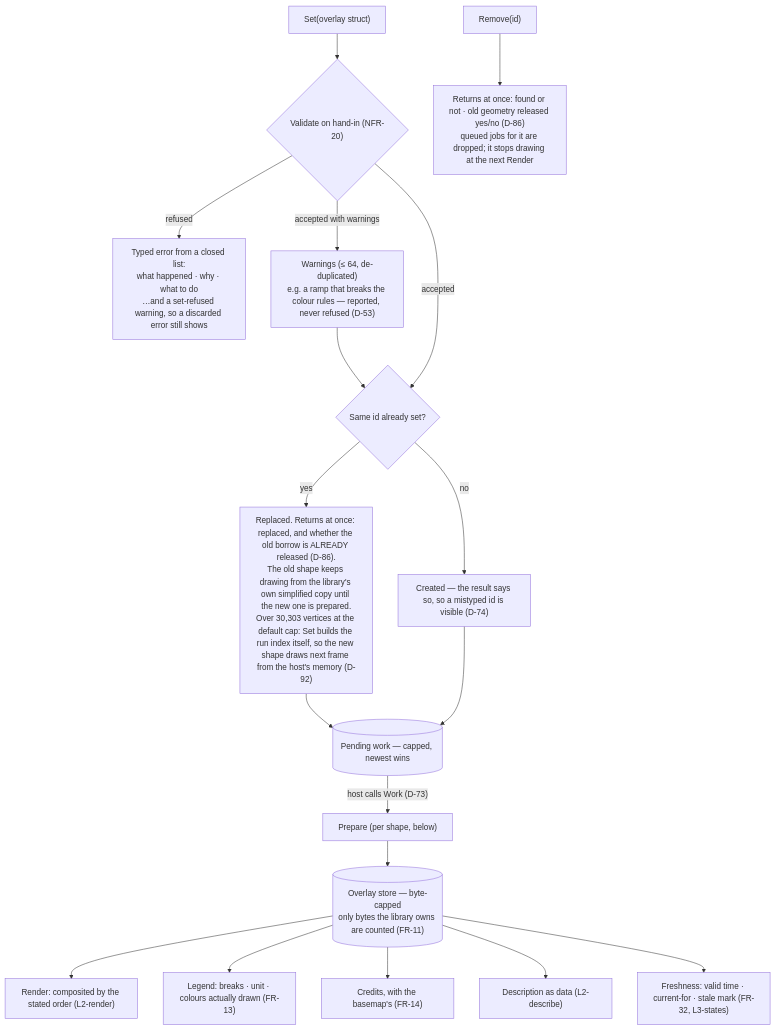
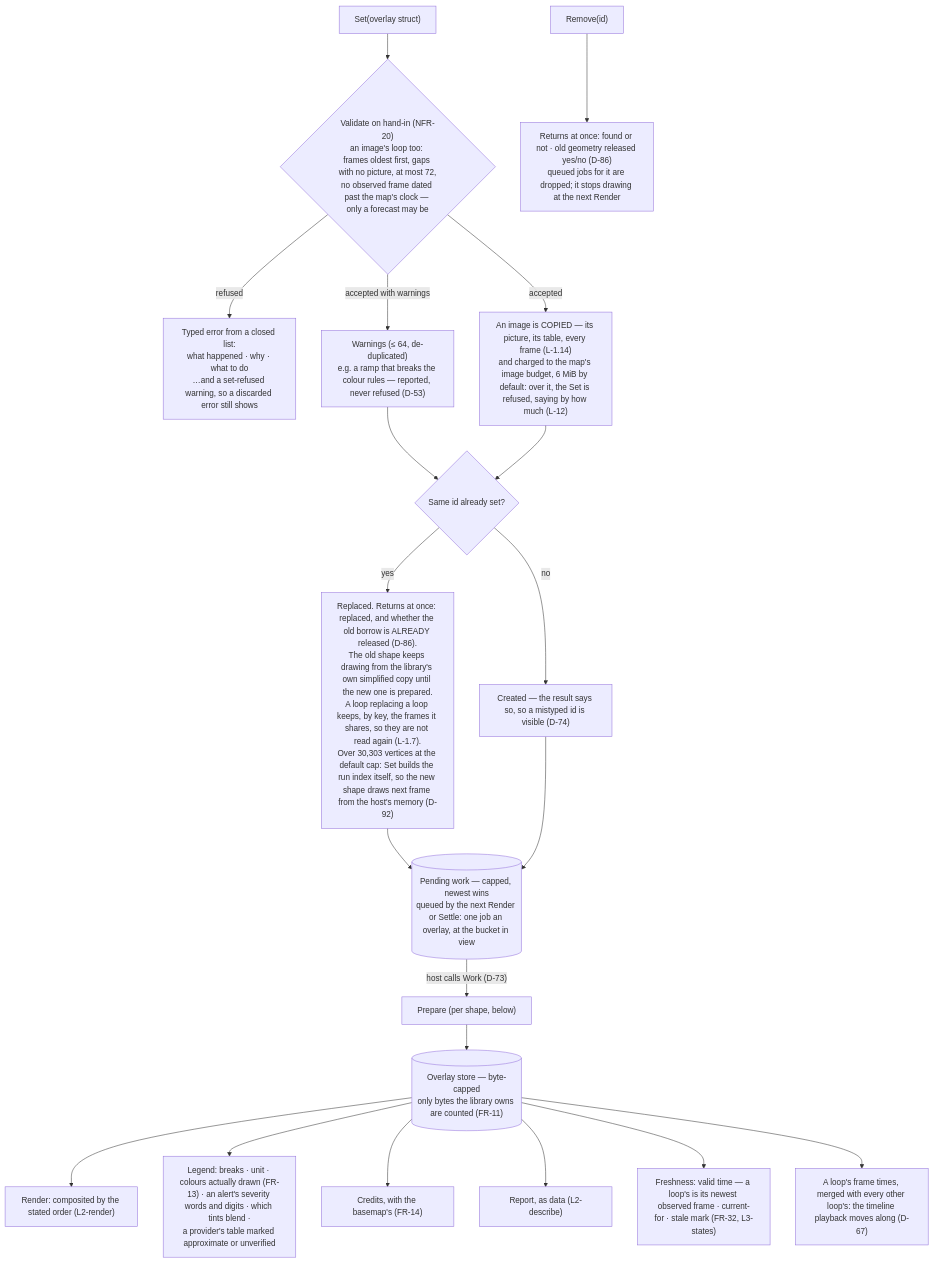
One commit to branden-thompson/go-tuimaps changed the first of 3 diagrams in 06_docs/02_features/go-tuimaps/03-architecture-design/L2-overlays.md. Above: the diagram before and after it, drawn with Mermaid. The commit also changed other lines of this file and 544 other files, not shown here.

First line of the commit message:
go-tuiMaps v0.2.0: radar loops, and the library's first reviewed release (#3)

````diff
--- a/06_docs/02_features/go-tuimaps/03-architecture-design/L2-overlays.md
+++ b/06_docs/02_features/go-tuimaps/03-architecture-design/L2-overlays.md
@@ -9,20 +11,22 @@
 ```mermaid
 flowchart TB
-    SET["Set(overlay struct)"] --> VAL{"Validate on hand-in (NFR-20)"}
+    SET["Set(overlay struct)"] --> VAL{"Validate on hand-in (NFR-20)<br/>an image's loop too: frames oldest first, gaps with no picture, at most 72,<br/>no observed frame dated past the map's clock — only a forecast may be"}
     VAL -- "refused" --> ERR["Typed error from a closed list:<br/>what happened · why · what to do<br/>…and a set-refused warning, so a discarded error still shows"]
     VAL -- "accepted with warnings" --> WARN["Warnings (≤ 64, de-duplicated)<br/>e.g. a ramp that breaks the colour rules — reported, never refused (D-53)"]
     WARN --> REPL
     RM["Remove(id)"] --> RMR["Returns at once: found or not · old geometry released yes/no (D-86)<br/>queued jobs for it are dropped; it stops drawing at the next Render"]
-    VAL -- "accepted" --> REPL{"Same id already set?"}
-    REPL -- yes --> OLD["Replaced. Returns at once: replaced, and whether the old borrow is ALREADY released (D-86).<br/>The old shape keeps drawing from the library's own simplified copy until the new one is prepared.<br/>Over 30,303 vertices at the default cap: Set builds the run index itself, so the new shape draws next frame from the host's memory (D-92)"]
+    VAL -- "accepted" --> COPY["An image is COPIED — its picture, its table, every frame (L-1.14)<br/>and charged to the map's image budget, 6 MiB by default: over it, the Set is refused, saying by how much (L-12)"]
+    COPY --> REPL{"Same id already set?"}
+    REPL -- yes --> OLD["Replaced. Returns at once: replaced, and whether the old borrow is ALREADY released (D-86).<br/>The old shape keeps drawing from the library's own simplified copy until the new one is prepared.<br/>A loop replacing a loop keeps, by key, the frames it shares, so they are not read again (L-1.7).<br/>Over 30,303 vertices at the default cap: Set builds the run index itself, so the new shape draws next frame from the host's memory (D-92)"]
     REPL -- no --> NEW["Created — the result says so, so a mistyped id is visible (D-74)"]
     OLD --> Q
     NEW --> Q
-    Q[("Pending work — capped, newest wins")] -- "host calls Work (D-73)" --> PREP["Prepare (per shape, below)"]
+    Q[("Pending work — capped, newest wins<br/>queued by the next Render or Settle: one job an overlay, at the bucket in view")] -- "host calls Work (D-73)" --> PREP["Prepare (per shape, below)"]
     PREP --> STORE[("Overlay store — byte-capped<br/>only bytes the library owns are counted (FR-11)")]
     STORE --> DRAW["Render: composited by the stated order (L2-render)"]
-    STORE --> LEG["Legend: breaks · unit · colours actually drawn (FR-13)"]
+    STORE --> LEG["Legend: breaks · unit · colours actually drawn (FR-13) · an alert's severity words and digits · which tints blend ·<br/>a provider's table marked approximate or unverified"]
     STORE --> CRED["Credits, with the basemap's (FR-14)"]
-    STORE --> DESC["Description as data (L2-describe)"]
-    STORE --> FRESH["Freshness: valid time · current-for · stale mark (FR-32, L3-states)"]
+    STORE --> DESC["Report, as data (L2-describe)"]
+    STORE --> FRESH["Freshness: valid time — a loop's is its newest observed frame · current-for · stale mark (FR-32, L3-states)"]
+    STORE --> TL["A loop's frame times, merged with every other loop's: the timeline playback moves along (D-67)"]
 ```
````
